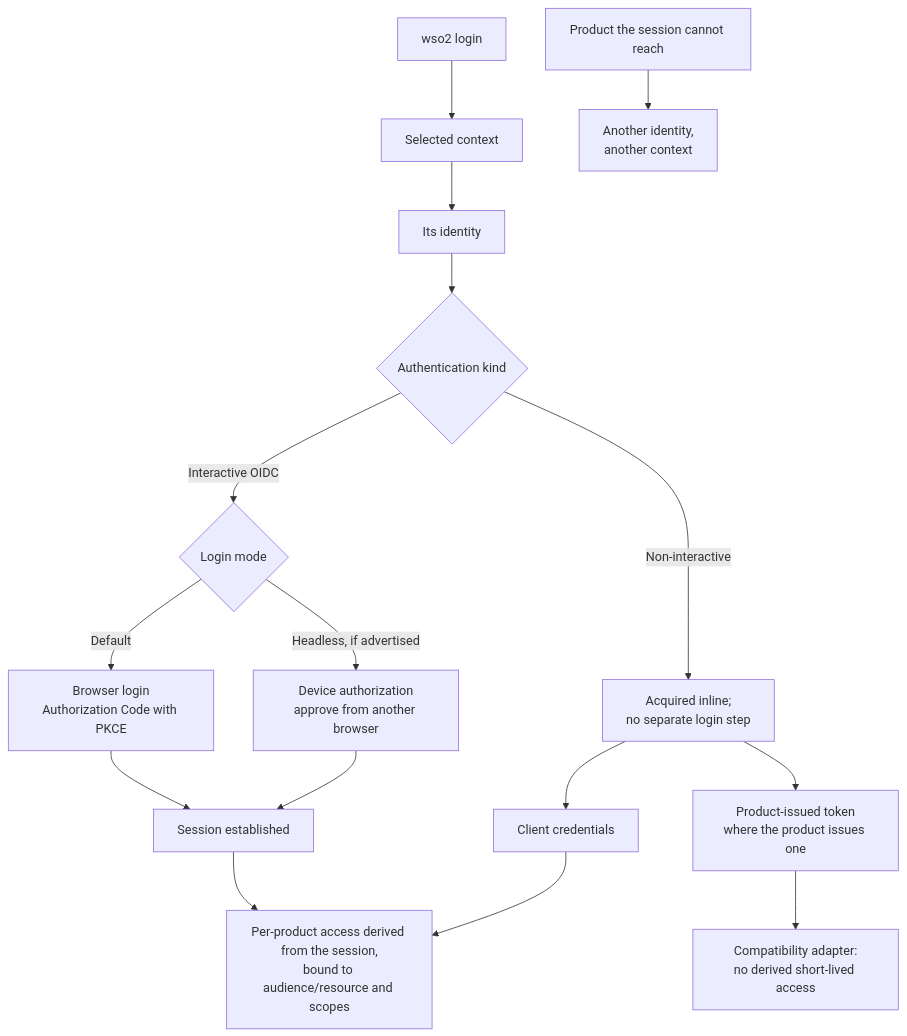
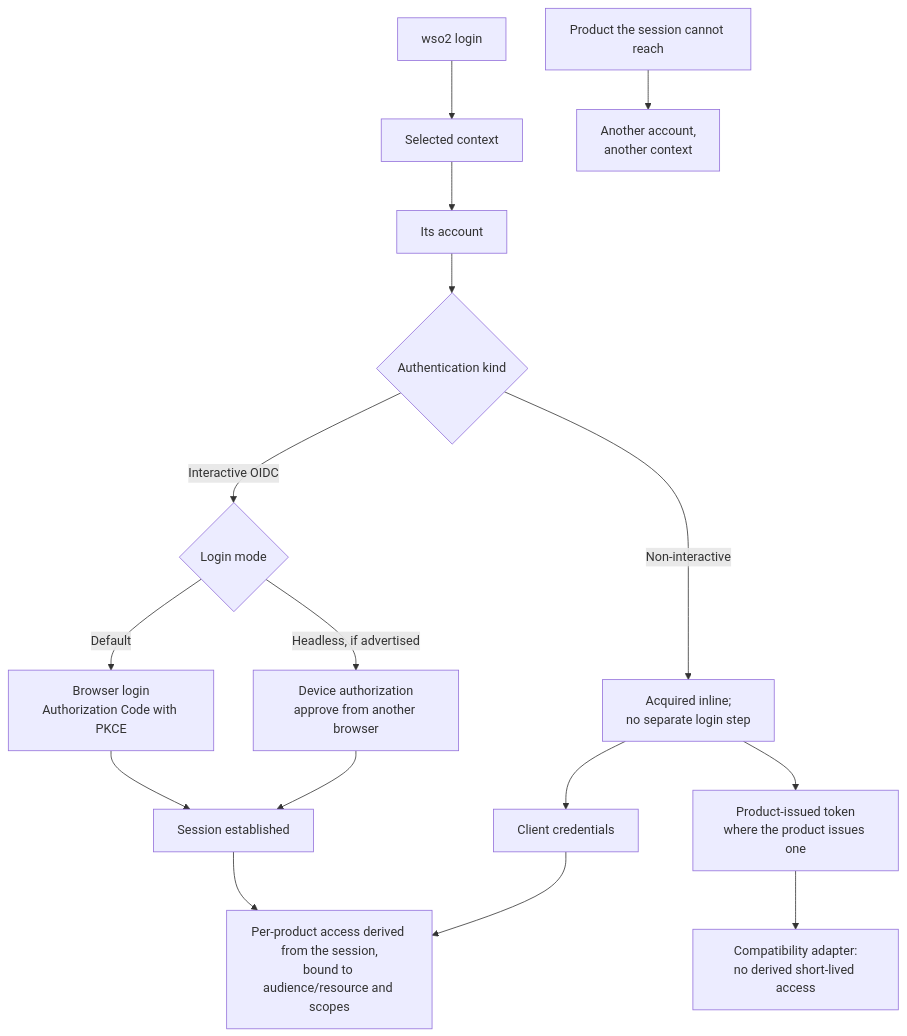
The diagram in docs/product-requirements.md (kanushka/wso2-cli), drawn with Mermaid before and after one commit. The commit also changed other lines of this file and 38 other files, not shown here.

````diff
--- a/docs/product-requirements.md
+++ b/docs/product-requirements.md
@@ -229,23 +229,23 @@
 ```mermaid
 flowchart TD
     L["wso2 login"] --> S["Selected context"]
-    S --> I["Its identity"]
+    S --> I["Its account"]
     I --> K{"Authentication kind"}
 
     K -->|Interactive OIDC| M{"Login mode"}
     M -->|Default| B["Browser login<br/>Authorization Code with PKCE"]
     M -->|Headless, if advertised| D["Device authorization<br/>approve from another browser"]
 
     K -->|Non-interactive| N["Acquired inline;<br/>no separate login step"]
     N --> CC["Client credentials"]
     N --> P["Product-issued token<br/>where the product issues one"]
 
     B --> T["Session established"]
     D --> T
     T --> X["Per-product access derived from the session,<br/>bound to audience/resource and scopes"]
     CC --> X
 
     P --> A["Compatibility adapter:<br/>no derived short-lived access"]
 
-    R["Product the session cannot reach"] --> Y["Another identity,<br/>another context"]
+    R["Product the session cannot reach"] --> Y["Another account,<br/>another context"]
 ```
````
